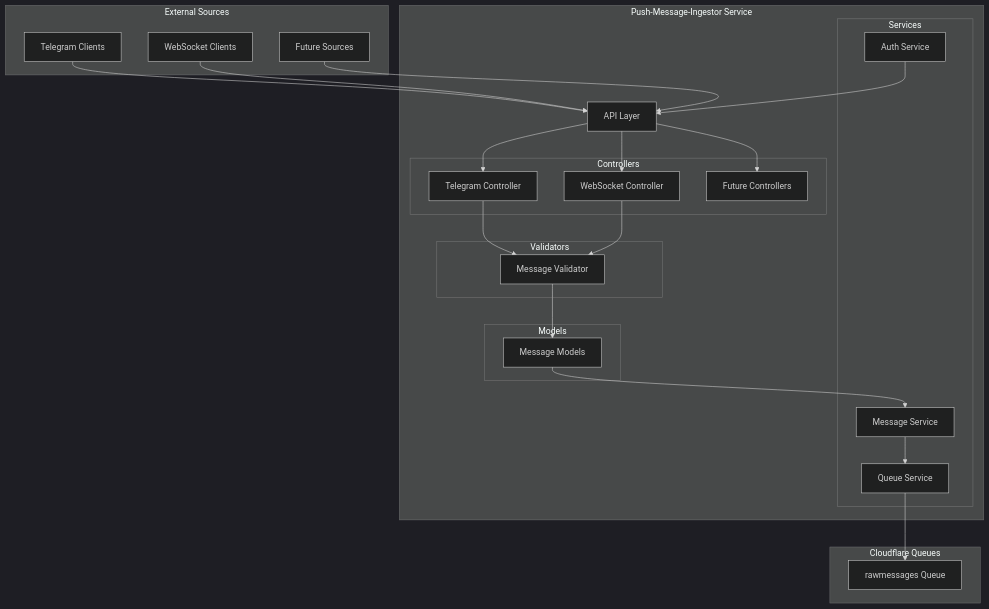
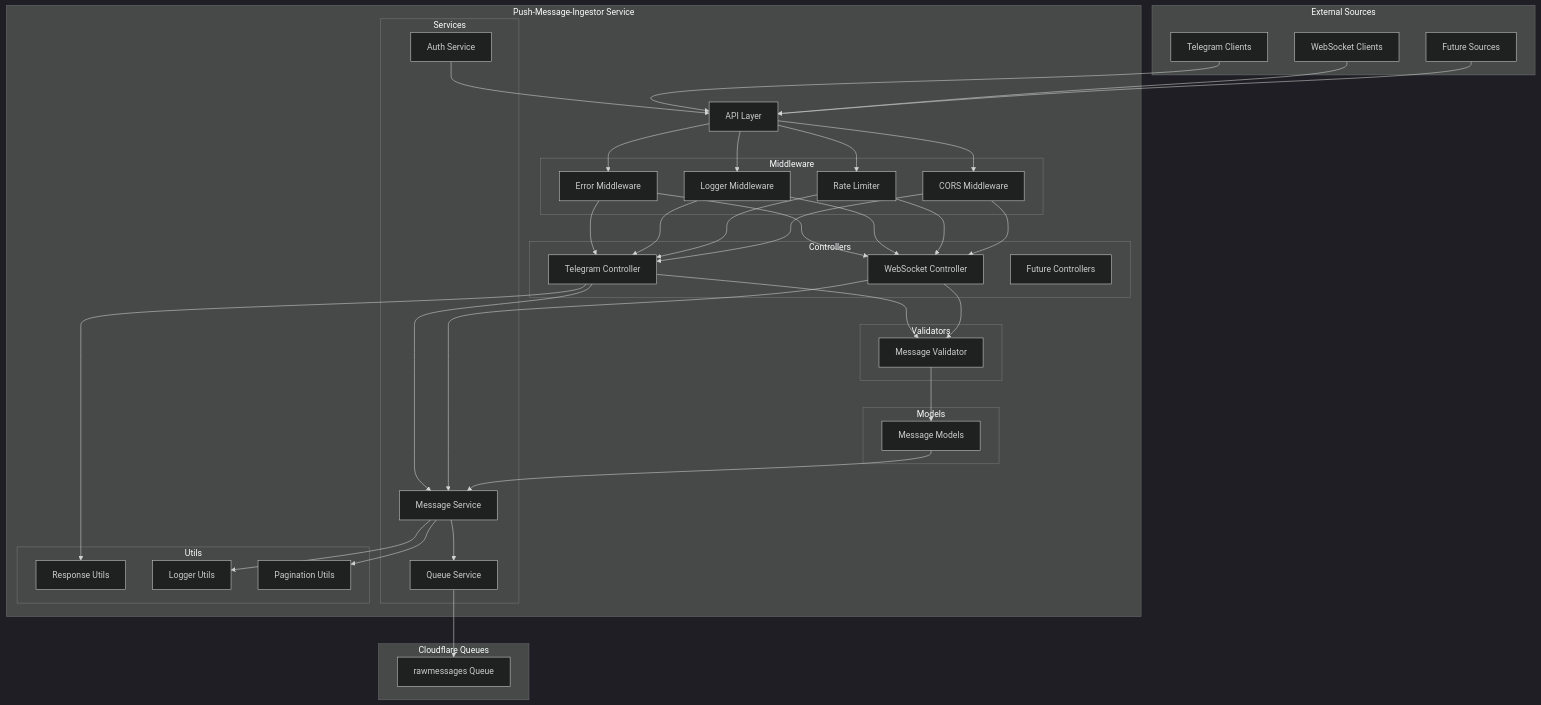
Before and after one commit to marktoda/dome: the diagram in services/push-message-ingestor/architecture.md, drawn with Mermaid (dark theme). The commit also changed other lines of this file and 12 other files, not shown here.

````diff
--- a/services/push-message-ingestor/architecture.md
+++ b/services/push-message-ingestor/architecture.md
@@ -29,6 +29,13 @@
 
     subgraph "Push-Message-Ingestor Service"
         API[API Layer]
+        
+        subgraph "Middleware"
+            EM[Error Middleware]
+            LM[Logger Middleware]
+            RL[Rate Limiter]
+            CM[CORS Middleware]
+        end
         
         subgraph "Controllers"
             TC[Telegram Controller]
@@ -49,6 +56,12 @@
         subgraph "Models"
             MM[Message Models]
         end
+        
+        subgraph "Utils"
+            RU[Response Utils]
+            LU[Logger Utils]
+            PU[Pagination Utils]
+        end
     end
     
     subgraph "Cloudflare Queues"
@@ -59,9 +72,23 @@
     WS --> API
     FU --> API
     
-    API --> TC
-    API --> WC
-    API --> FC
+    API --> EM
+    API --> LM
+    API --> RL
+    API --> CM
+    
+    EM --> TC
+    LM --> TC
+    RL --> TC
+    CM --> TC
+    
+    EM --> WC
+    LM --> WC
+    RL --> WC
+    CM --> WC
+    
+    TC --> MS
+    WC --> MS
     
     TC --> MV
     WC --> MV
@@ -73,5 +100,9 @@
     
     QS --> RQ
     
+    TC --> RU
+    MS --> LU
+    MS --> PU
+    
     AS --> API
 ```
````
